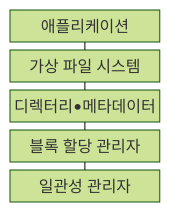
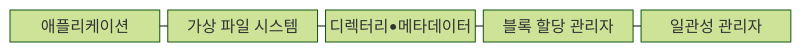
Before and after one commit to agnusdei1207/knowledge-base: the first of 2 diagrams in src/content/docs/notes/03-software/020_file_system.md, drawn with Mermaid (forest theme). The commit also changed other lines of this file and 493 other files, not shown here.

````diff
--- a/src/content/docs/notes/03-software/020_file_system.md
+++ b/src/content/docs/notes/03-software/020_file_system.md
@@ -69,13 +69,9 @@
 ```mermaid
-block
-    columns 1
-    A["애플리케이션"]
-    V["가상 파일 시스템"]
-    M["디렉터리•메타데이터"]
-    B["블록 할당 관리자"]
-    C["일관성 관리자"]
-    A --- V
-    V --- M
-    M --- B
-    B --- C
+block-beta
+  columns 5
+  A["애플리케이션"] V["가상 파일 시스템"] M["디렉터리•메타데이터"] B["블록 할당 관리자"] C["일관성 관리자"]
+  A --- V
+  V --- M
+  M --- B
+  B --- C
 ```
````
